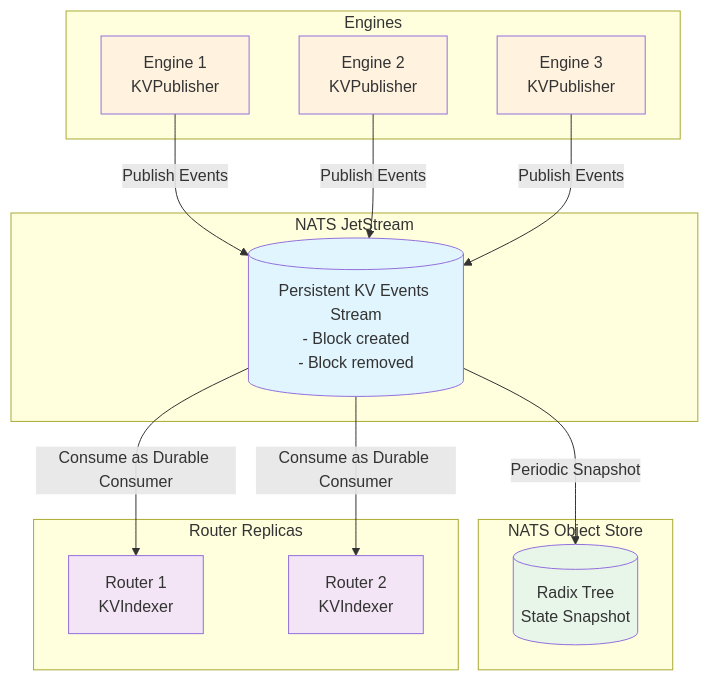
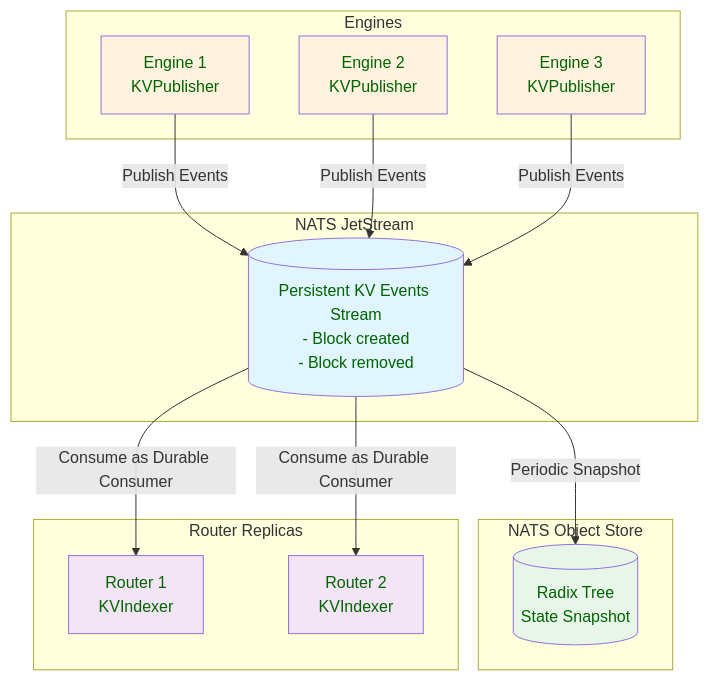
Before and after one commit to ai-dynamo/dynamo: the first of 2 diagrams in docs/architecture/kv_cache_routing.md, drawn with Mermaid.

````diff
--- a/docs/architecture/kv_cache_routing.md
+++ b/docs/architecture/kv_cache_routing.md
@@ -45,37 +45,37 @@
 ```mermaid
 graph TD
     subgraph Engines
         E1[Engine 1<br/>KVPublisher]
         E2[Engine 2<br/>KVPublisher]
         E3[Engine 3<br/>KVPublisher]
     end
 
     subgraph "NATS JetStream"
         JS[(Persistent KV Events Stream<br/>- Block created<br/>- Block removed)]
     end
 
     subgraph "NATS Object Store"
         OS[(Radix Tree<br/>State Snapshot)]
     end
 
     subgraph "Router Replicas"
         R1[Router 1<br/>KVIndexer]
         R2[Router 2<br/>KVIndexer]
     end
 
     E1 -->|Publish Events| JS
     E2 -->|Publish Events| JS
     E3 -->|Publish Events| JS
 
     JS -->|Consume as Durable Consumer| R1
     JS -->|Consume as Durable Consumer| R2
     JS -->|Periodic Snapshot| OS
 
-    style JS fill:#e1f5fe
-    style OS fill:#e8f5e9
-    style E1 fill:#fff3e0
-    style E2 fill:#fff3e0
-    style E3 fill:#fff3e0
-    style R1 fill:#f3e5f5
-    style R2 fill:#f3e5f5
+    style JS fill:#e1f5fe,color:#006400
+    style OS fill:#e8f5e9,color:#006400
+    style E1 fill:#fff3e0,color:#006400
+    style E2 fill:#fff3e0,color:#006400
+    style E3 fill:#fff3e0,color:#006400
+    style R1 fill:#f3e5f5,color:#006400
+    style R2 fill:#f3e5f5,color:#006400
 ```
````
